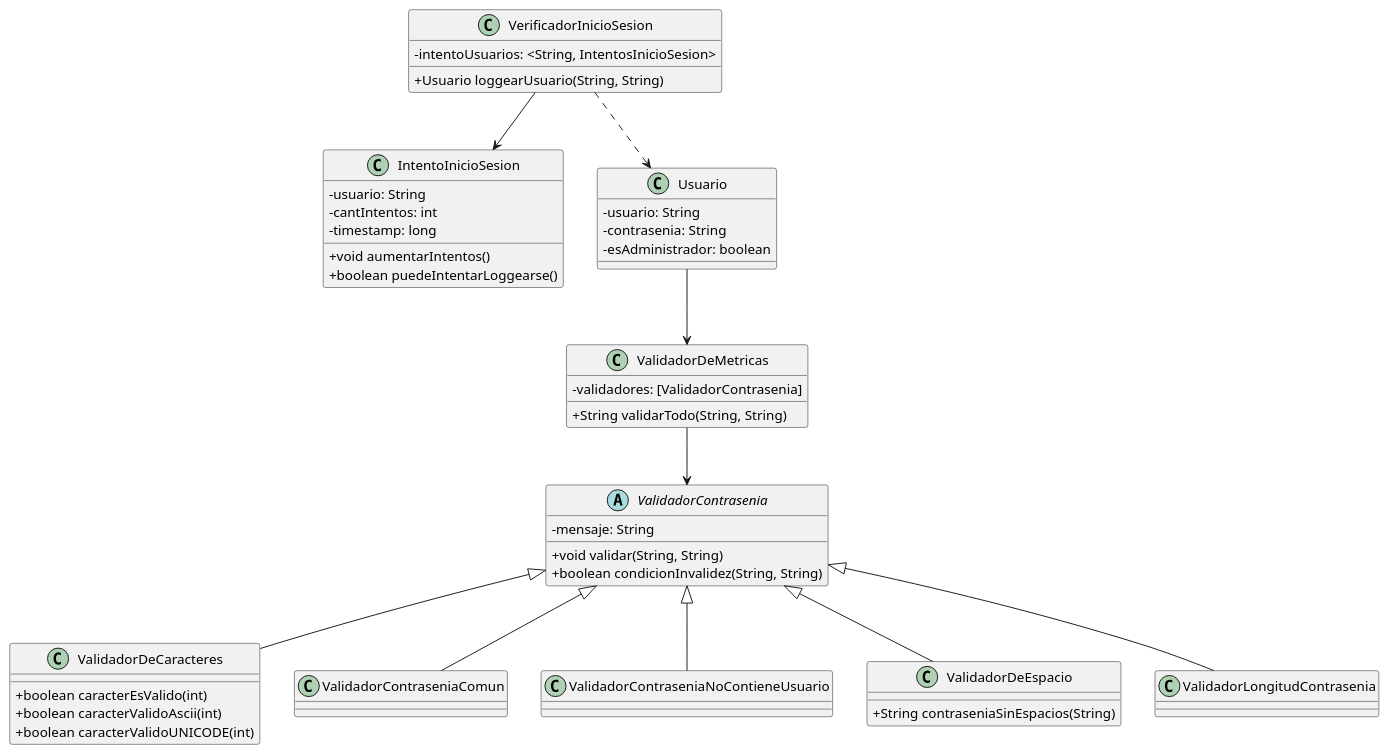
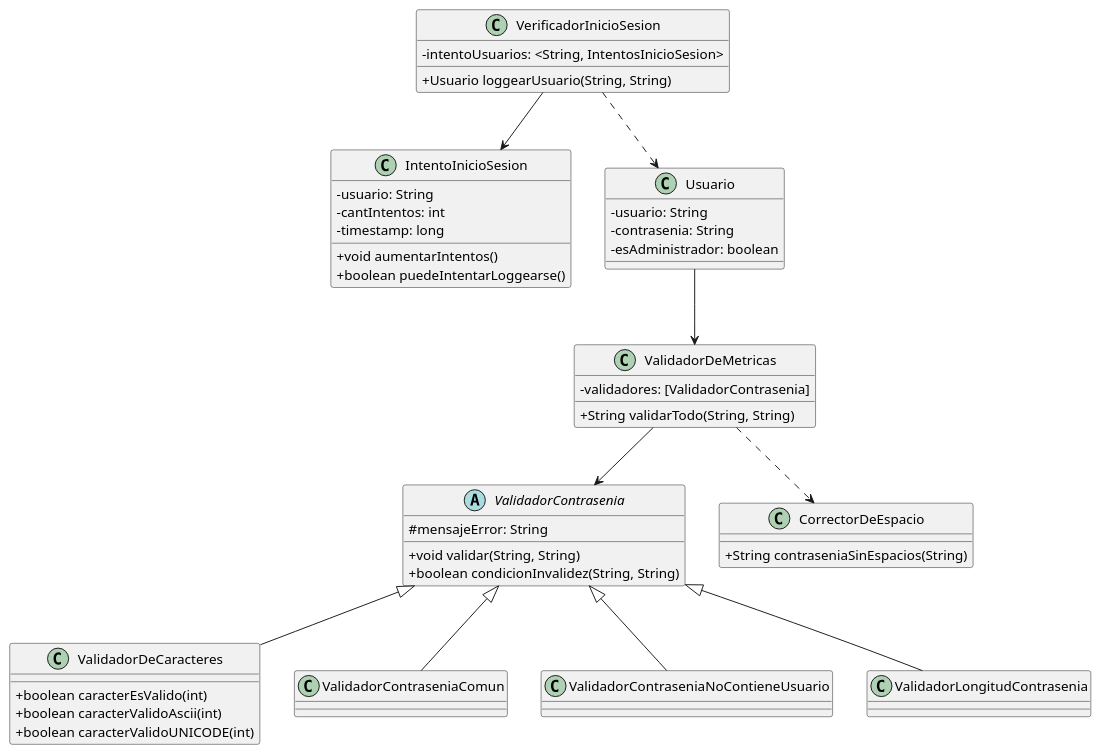
Before and after one commit to IgnacioG2000/TP-DDS: the diagram in src/modeloDeSeguridad.puml, drawn with PlantUML. The commit also changed 50 other files, not shown here.

```diff
--- a/src/modeloDeSeguridad.puml
+++ b/src/modeloDeSeguridad.puml
@@ -1,69 +1,71 @@
 @startuml
 skinparam classAttributeIconSize 0
 
 class VerificadorInicioSesion {
 -intentoUsuarios: <String, IntentosInicioSesion>
 
 +Usuario loggearUsuario(String, String)
 }
 
 class IntentoInicioSesion {
 -usuario: String
 -cantIntentos: int
-- timestamp: long
+-timestamp: long
 
 +void aumentarIntentos()
 +boolean puedeIntentarLoggearse()
 }
 
 class Usuario {
 -usuario: String
 -contrasenia: String
 -esAdministrador: boolean
 }
 
 class ValidadorDeMetricas {
 -validadores: [ValidadorContrasenia]
 
 +String validarTodo(String, String)
 }
 
 abstract class ValidadorContrasenia {
--mensaje: String
+#mensajeError: String
 
 + void validar(String, String)
 + boolean condicionInvalidez(String, String)
 }
 
 class ValidadorDeCaracteres extends ValidadorContrasenia {
 
 +boolean caracterEsValido(int)
 +boolean caracterValidoAscii(int)
 +boolean caracterValidoUNICODE(int)
 }
 
 class ValidadorContraseniaComun extends ValidadorContrasenia {
 
 }
 
 class ValidadorContraseniaNoContieneUsuario extends ValidadorContrasenia {
 
 }
 
-class ValidadorDeEspacio extends ValidadorContrasenia {
+class ValidadorLongitudContrasenia extends ValidadorContrasenia {
+
+}
+
+class CorrectorDeEspacio {
 
 +String contraseniaSinEspacios(String)
 }
 
-class ValidadorLongitudContrasenia extends ValidadorContrasenia {
-
-}
 
 VerificadorInicioSesion --> IntentoInicioSesion
 VerificadorInicioSesion ..> Usuario
 
 Usuario --> ValidadorDeMetricas
 
 ValidadorDeMetricas --> ValidadorContrasenia
+ValidadorDeMetricas ..> CorrectorDeEspacio
 
 @enduml
```
